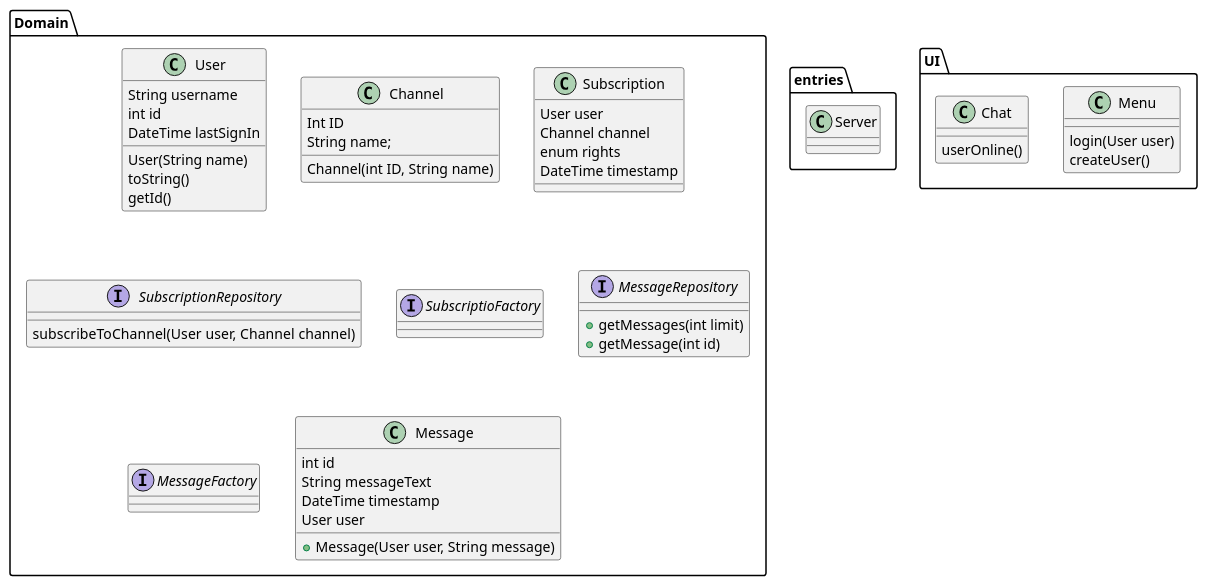
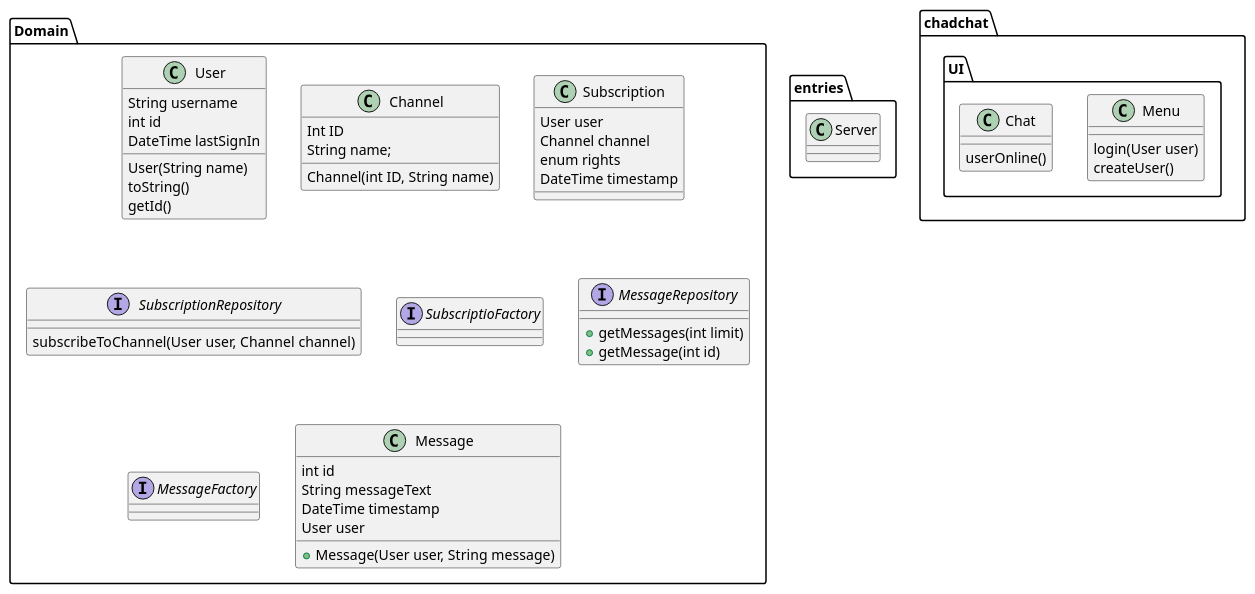
The diagram in src/main/java/ChadChat.puml (eelkjaer/ChadChat), drawn with PlantUML before and after one commit. The commit also changed 1 other file, not shown here.

```diff
--- a/src/main/java/ChadChat.puml
+++ b/src/main/java/ChadChat.puml
@@ -1,78 +1,78 @@
 @startuml
 
 
 package "Domain" {
 class User {
 String username
 int id
 DateTime lastSignIn
 
 User(String name)
 toString()
 getId()
 }
 
 class Channel {
 Int ID
 String name;
 Channel(int ID, String name)
 
 
 }
 
 class Subscription {
 User user
 Channel channel
 enum rights
 DateTime timestamp
 }
 
 interface SubscriptionRepository{
 subscribeToChannel(User user, Channel channel)
 }
 
 interface SubscriptioFactory{
 
 }
 
 interface MessageRepository {
 +getMessages(int limit)
 +getMessage(int id)
 }
 
 interface MessageFactory{
 
 }
 
 class Message {
 int id
 String messageText
 DateTime timestamp
 User user
 +Message(User user, String message)
 }
 }
 
 package "entries" {
 class Server {
 }
 }
 
-package UI {
+package chadchat.UI {
 class Menu {
 login(User user)
 createUser()
 }
 class Chat {
 
 userOnline()
 }
 
 }
 
 
 
 
 
 
 @enduml
```
